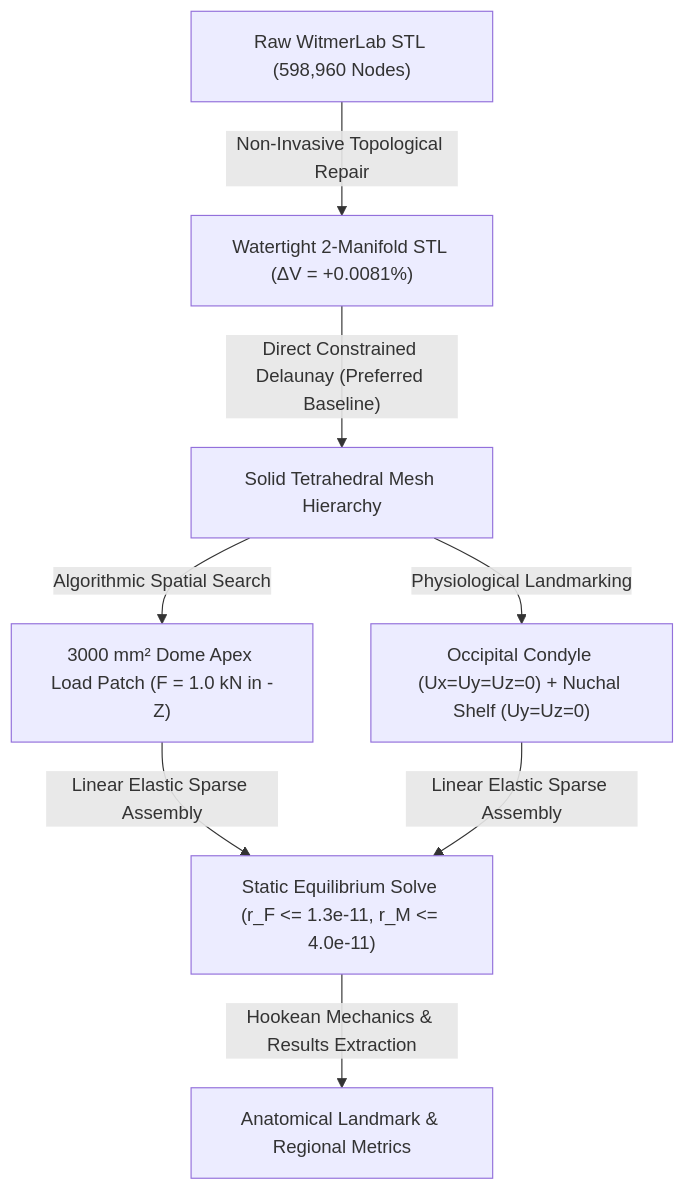
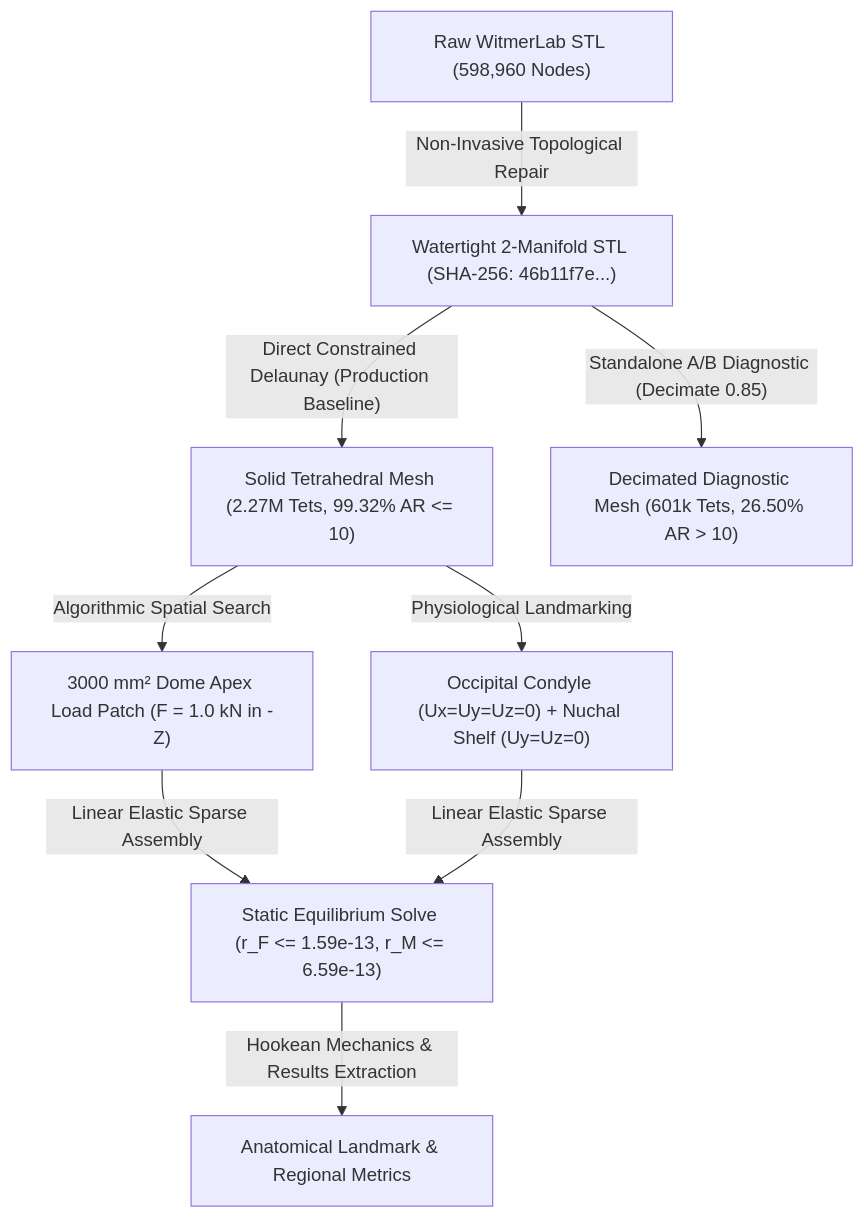
One commit to mdhornstein/pachycephalosaur-biomechanics changed the diagram in reports/phase4_fea_benchmark_report.md. Above: the diagram before and after it, drawn with Mermaid. The commit also changed other lines of this file and 6 other files, not shown here.

Commit message:
fix(phase4): enforce single immutable surface provenance (SHA-256), isolate decimation to standalone A/B diagnostic, and report empirical solver limits

````diff
--- a/reports/phase4_fea_benchmark_report.md
+++ b/reports/phase4_fea_benchmark_report.md
@@ -24,9 +24,10 @@
 ```mermaid
 flowchart TD
-    A["Raw WitmerLab STL (598,960 Nodes)"] -->|"Non-Invasive Topological Repair"| B["Watertight 2-Manifold STL (ΔV = +0.0081%)"]
-    B -->|"Direct Constrained Delaunay (Preferred Baseline)"| C["Solid Tetrahedral Mesh Hierarchy"]
+    A["Raw WitmerLab STL (598,960 Nodes)"] -->|"Non-Invasive Topological Repair"| B["Watertight 2-Manifold STL (SHA-256: 46b11f7e...)"]
+    B -->|"Direct Constrained Delaunay (Production Baseline)"| C["Solid Tetrahedral Mesh (2.27M Tets, 99.32% AR <= 10)"]
+    B -->|"Standalone A/B Diagnostic (Decimate 0.85)"| C_diag["Decimated Diagnostic Mesh (601k Tets, 26.50% AR > 10)"]
     C -->|"Algorithmic Spatial Search"| D["3000 mm² Dome Apex Load Patch (F = 1.0 kN in -Z)"]
     C -->|"Physiological Landmarking"| E["Occipital Condyle (Ux=Uy=Uz=0) + Nuchal Shelf (Uy=Uz=0)"]
-    D & E -->|"Linear Elastic Sparse Assembly"| F["Static Equilibrium Solve (r_F <= 1.3e-11, r_M <= 4.0e-11)"]
+    D & E -->|"Linear Elastic Sparse Assembly"| F["Static Equilibrium Solve (r_F <= 1.59e-13, r_M <= 6.59e-13)"]
     F -->|"Hookean Mechanics & Results Extraction"| G["Anatomical Landmark & Regional Metrics"]
 ```
````
